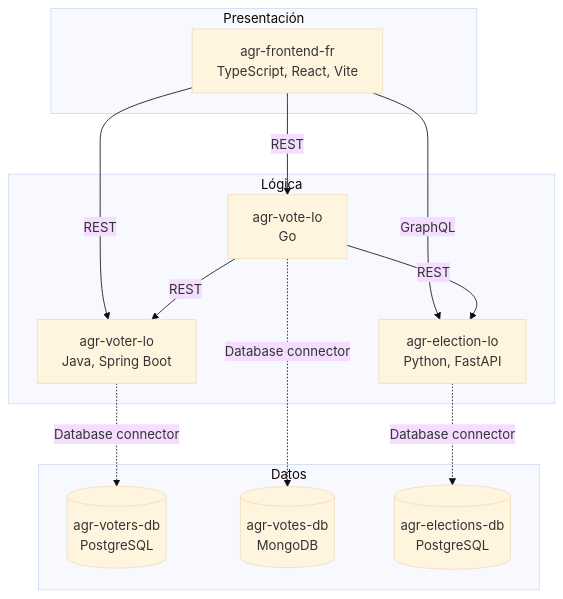
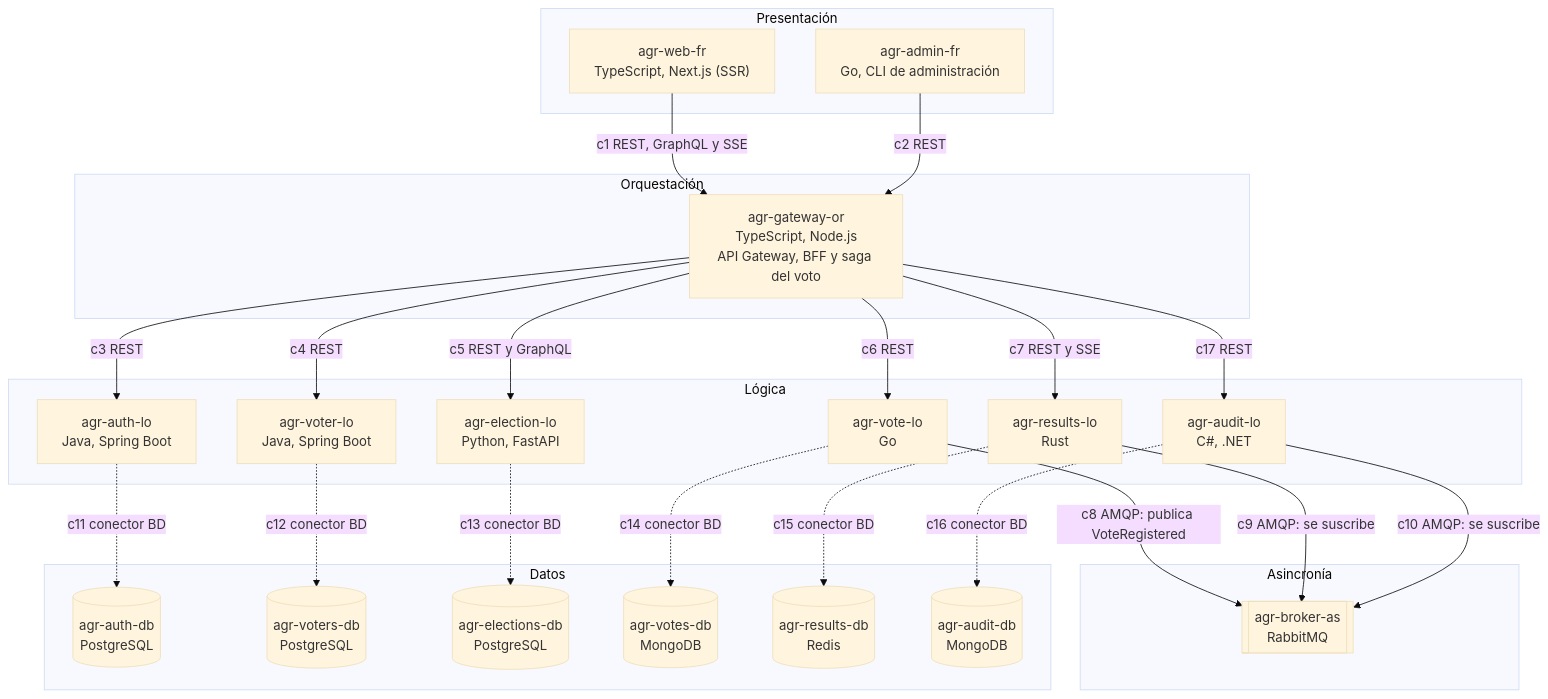
The first of 4 diagrams in README.md (Cam152/ArquiSoft), drawn with Mermaid (base theme) before and after one commit. The commit also changed other lines of this file, not shown here.

Commit message:
README del Prototipo 2

````diff
--- a/README.md
+++ b/README.md
@@ -61,24 +73,47 @@
 ```mermaid
 flowchart TB
   subgraph PRES["Presentación"]
-    FE["agr-frontend-fr<br/>TypeScript, React, Vite"]
+    WEB["agr-web-fr<br/>TypeScript, Next.js (SSR)"]
+    ADM["agr-admin-fr<br/>Go, CLI de administración"]
+  end
+  subgraph ORQ["Orquestación"]
+    GW["agr-gateway-or<br/>TypeScript, Node.js<br/>API Gateway, BFF y saga del voto"]
   end
   subgraph LOGI["Lógica"]
-    VS["agr-voter-lo<br/>Java, Spring Boot"]
-    TS["agr-vote-lo<br/>Go"]
-    ES["agr-election-lo<br/>Python, FastAPI"]
+    AU["agr-auth-lo<br/>Java, Spring Boot"]
+    VO["agr-voter-lo<br/>Java, Spring Boot"]
+    EL["agr-election-lo<br/>Python, FastAPI"]
+    VT["agr-vote-lo<br/>Go"]
+    RS["agr-results-lo<br/>Rust"]
+    AD["agr-audit-lo<br/>C#, .NET"]
+  end
+  subgraph ASIN["Asincronía"]
+    BR[["agr-broker-as<br/>RabbitMQ"]]
   end
   subgraph DATA["Datos"]
+    ADB[("agr-auth-db<br/>PostgreSQL")]
     VDB[("agr-voters-db<br/>PostgreSQL")]
+    EDB[("agr-elections-db<br/>PostgreSQL")]
     TDB[("agr-votes-db<br/>MongoDB")]
-    EDB[("agr-elections-db<br/>PostgreSQL")]
+    RDB[("agr-results-db<br/>Redis")]
+    UDB[("agr-audit-db<br/>MongoDB")]
   end
-  FE -- REST --> VS
-  FE -- REST --> TS
-  FE -- GraphQL --> ES
-  TS -- REST --> VS
-  TS -- REST --> ES
-  VS -. Database connector .-> VDB
-  TS -. Database connector .-> TDB
-  ES -. Database connector .-> EDB
+
+  WEB -- "c1 REST, GraphQL y SSE" --> GW
+  ADM -- "c2 REST" --> GW
+  GW -- "c3 REST" --> AU
+  GW -- "c4 REST" --> VO
+  GW -- "c5 REST y GraphQL" --> EL
+  GW -- "c6 REST" --> VT
+  GW -- "c7 REST y SSE" --> RS
+  GW -- "c17 REST" --> AD
+  VT -- "c8 AMQP: publica VoteRegistered" --> BR
+  RS -- "c9 AMQP: se suscribe" --> BR
+  AD -- "c10 AMQP: se suscribe" --> BR
+  AU -. "c11 conector BD" .-> ADB
+  VO -. "c12 conector BD" .-> VDB
+  EL -. "c13 conector BD" .-> EDB
+  VT -. "c14 conector BD" .-> TDB
+  RS -. "c15 conector BD" .-> RDB
+  AD -. "c16 conector BD" .-> UDB
 ```
````
